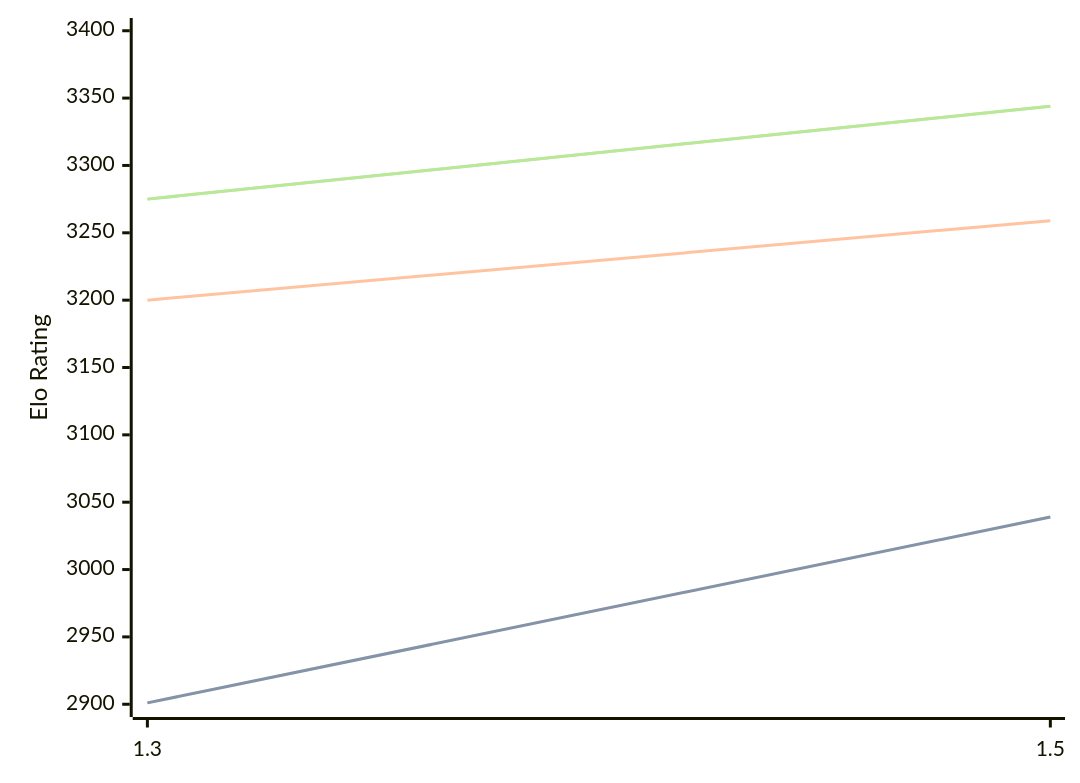
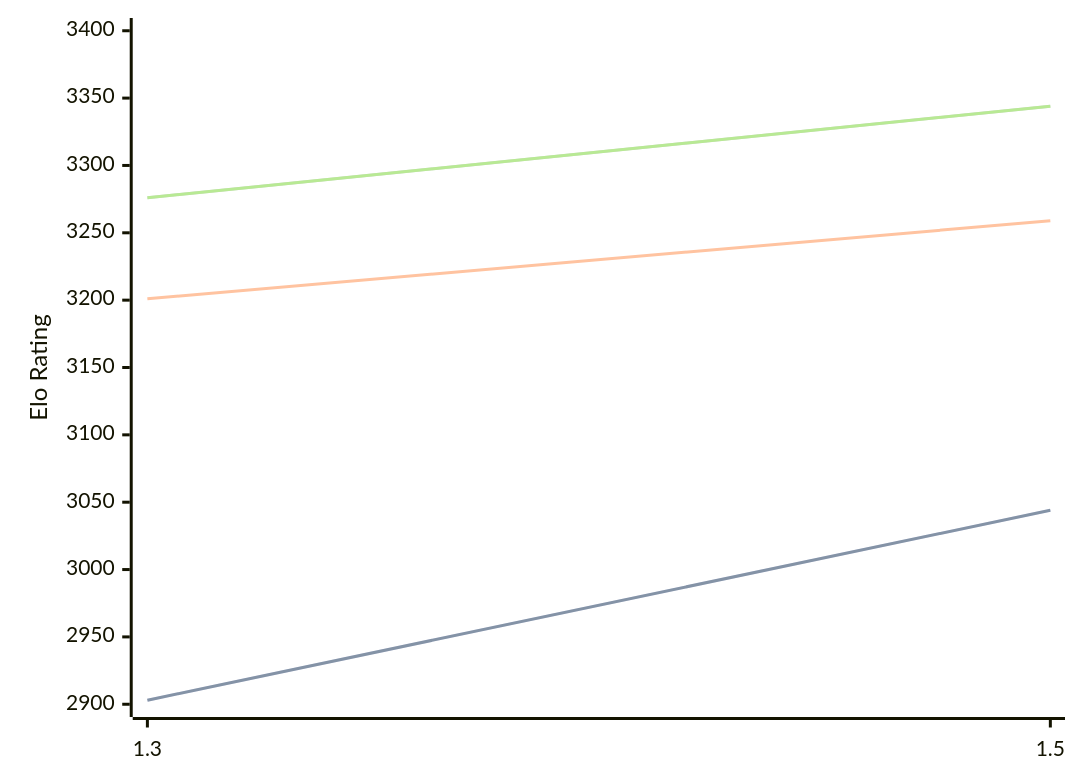
The third of 3 diagrams in engines/Lambergar.md (computer-chess-index/cci), drawn with Mermaid before and after one commit. The commit also changed other lines of this file, not shown here.

Commit message:
Update CCI Ratings (ELO VLTC) - 2026-07-13

````diff
--- a/engines/Lambergar.md
+++ b/engines/Lambergar.md
@@ -77,11 +77,11 @@
 ```mermaid
 %%{init: {"theme":"base","themeVariables":{"seriesColors:['#a3a3a3','#222221','#faa371']}}}%%
 xychart-beta
   x-axis ["1.3", "1.5"]
   y-axis "Elo Rating" 2900 --> 3400
-  line "STC (8.0+0.08s)" [2901, 3039]
-  line "STC (8.0+0.08s)" [2901, 3039]
-  line "LTC (60.0+0.60s)" [3200, 3259]
-  line "VLTC (2m24s+1.12s)" [3275, 3344]
-  line "VLTC (2m24s+1.12s)" [3275, 3344]
+  line "STC (8.0+0.08s)" [2903, 3044]
+  line "STC (8.0+0.08s)" [2903, 3044]
+  line "LTC (60.0+0.60s)" [3201, 3259]
+  line "VLTC (2m24s+1.12s)" [3276, 3344]
+  line "VLTC (2m24s+1.12s)" [3276, 3344]
 ```
````
